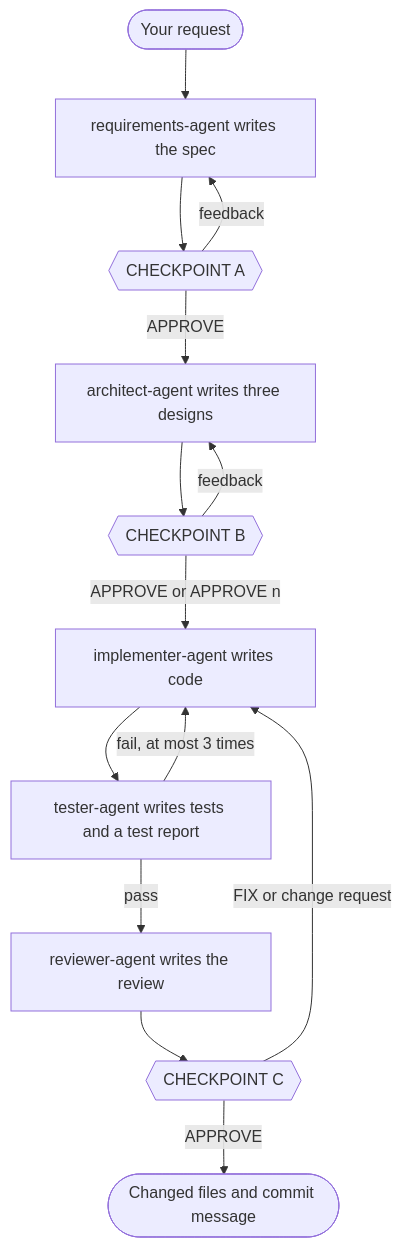
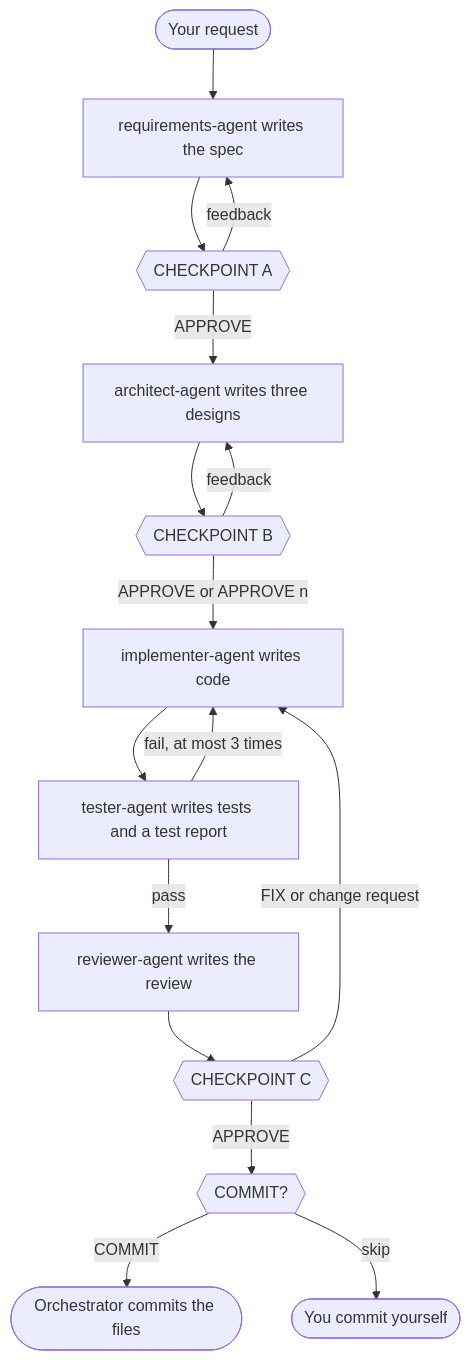
The fourth of 5 diagrams in TUTORIAL.md (pohjus/claude-multi-agent-template), drawn with Mermaid before and after one commit. The commit also changed other lines of this file, not shown here.

Commit message:
docs(TUTORIAL.md): describe COMMIT step

````diff
--- a/TUTORIAL.md
+++ b/TUTORIAL.md
@@ -333,16 +342,18 @@
 ```mermaid
 flowchart TD
     start([Your request]) --> req[requirements-agent writes the spec]
     req --> A{{CHECKPOINT A}}
     A -- feedback --> req
     A -- APPROVE --> arch[architect-agent writes three designs]
     arch --> B{{CHECKPOINT B}}
     B -- feedback --> arch
     B -- APPROVE or APPROVE n --> impl[implementer-agent writes code]
     impl --> test[tester-agent writes tests and a test report]
     test -- fail, at most 3 times --> impl
     test -- pass --> rev[reviewer-agent writes the review]
     rev --> C{{CHECKPOINT C}}
     C -- FIX or change request --> impl
-    C -- APPROVE --> done([Changed files and commit message])
+    C -- APPROVE --> commitq{{COMMIT?}}
+    commitq -- COMMIT --> done([Orchestrator commits the files])
+    commitq -- skip --> manual([You commit yourself])
 ```
````
